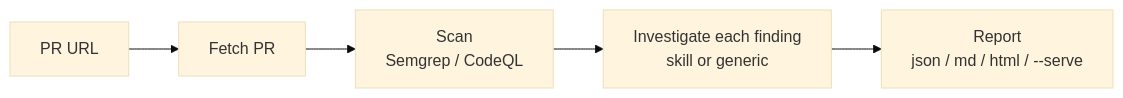
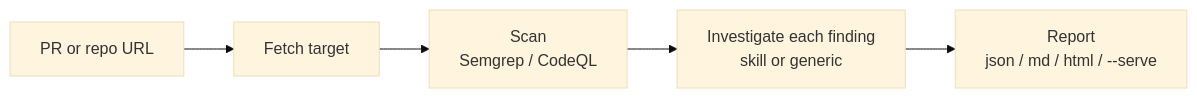
The second of 2 diagrams in README.md (prasannasalunkhe18/ThreatLens), drawn with Mermaid (base theme) before and after one commit. The commit also changed other lines of this file, not shown here.

````diff
--- a/README.md
+++ b/README.md
@@ -79,7 +83,7 @@
 ```mermaid
 flowchart LR
-    A[PR URL] --> B[Fetch PR]
+    A[PR or repo URL] --> B[Fetch target]
     B --> C[Scan<br/>Semgrep / CodeQL]
     C --> D[Investigate each finding<br/>skill or generic]
     D --> E[Report<br/>json / md / html / --serve]
 ```
````
